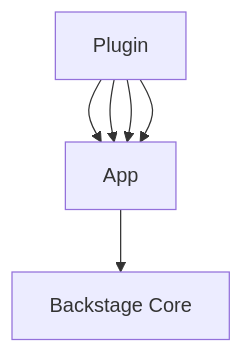
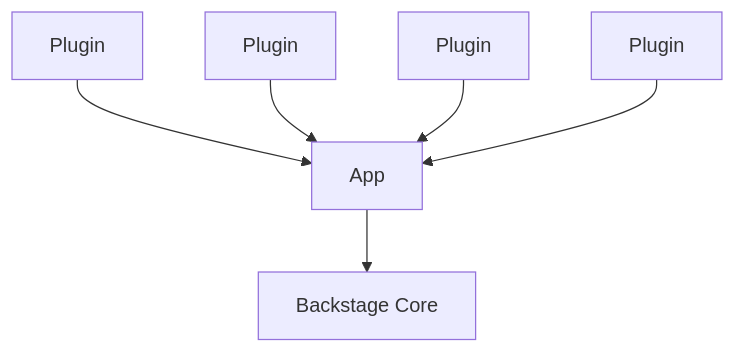
Before and after one commit to rupadhy3/backstage-idp: the diagram in backstage-developer-post-made-easy.md, drawn with Mermaid.

````diff
--- a/backstage-developer-post-made-easy.md
+++ b/backstage-developer-post-made-easy.md
@@ -50,8 +50,8 @@
 ```mermaid
 flowchart TD
-   A[Plugin] --> B[App]
-   A[Plugin] --> B[App]
-   A[Plugin] --> B[App]
-   A[Plugin] --> B[App]
-   B[App] --> C[Backstage Core]
+   A[Plugin] --> E[App]
+   B[Plugin] --> E[App]
+   C[Plugin] --> E[App]
+   D[Plugin] --> E[App]
+   E[App] --> F[Backstage Core]
 ```
````
